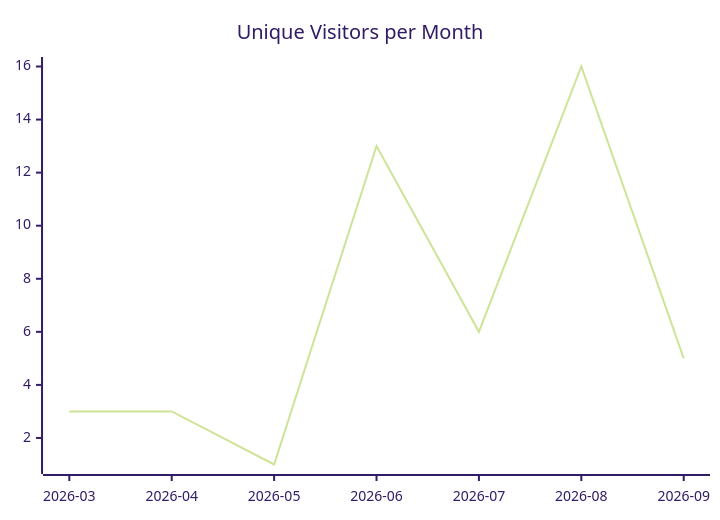
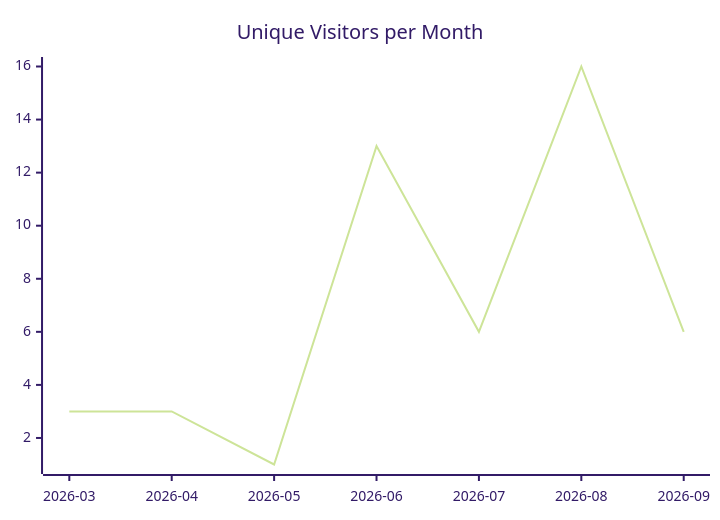
Before and after one commit to justdavis-family/github-analytics-data: the first of 3 diagrams in karlmdavis/rps-tourney/README.md, drawn with Mermaid (forest theme). The commit also changed other lines of this file and 190 other files, not shown here.

````diff
--- a/karlmdavis/rps-tourney/README.md
+++ b/karlmdavis/rps-tourney/README.md
@@ -5,6 +5,6 @@
 ```mermaid
 xychart-beta
   title "Unique Visitors per Month"
   x-axis ["2026-03", "2026-04", "2026-05", "2026-06", "2026-07", "2026-08", "2026-09"]
-  line [3, 3, 1, 13, 6, 16, 5]
+  line [3, 3, 1, 13, 6, 16, 6]
 ```
````
